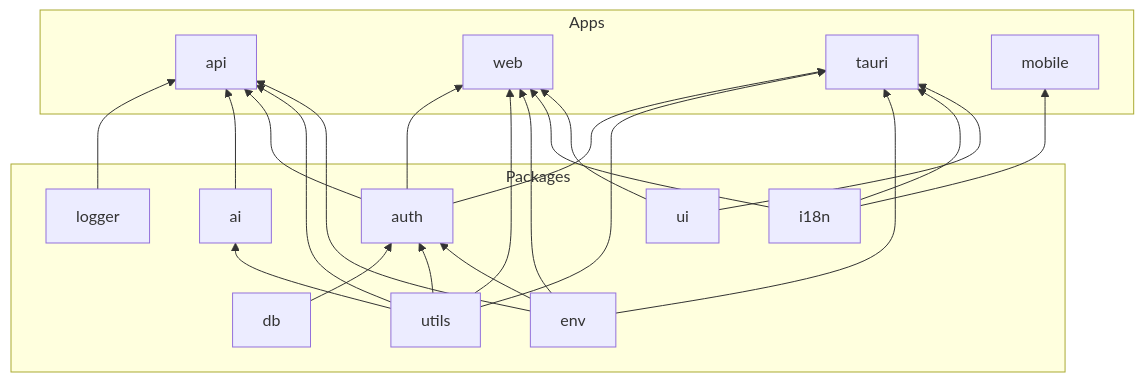
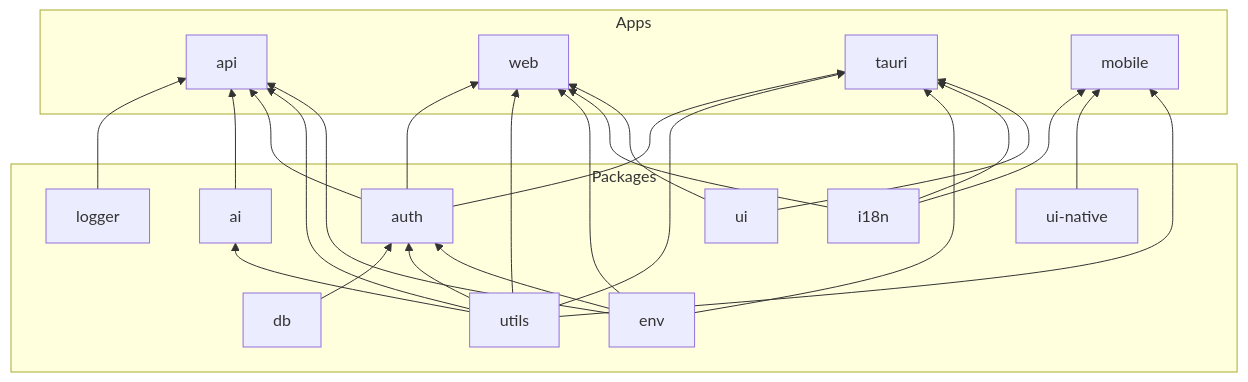
The diagram in docs/README.md (Pleasurecruise/my-monorepo), drawn with Mermaid before and after one commit. The commit also changed other lines of this file and 7 other files, not shown here.

````diff
--- a/docs/README.md
+++ b/docs/README.md
@@ -24,34 +25,35 @@
 ```mermaid
 graph BT
     subgraph Packages
         UTILS[utils]
         ENV[env]
         I18N[i18n]
         UI[ui]
+        UI_NATIVE[ui-native]
         LOGGER[logger]
         DB[db]
         AUTH[auth]
         AI[ai]
     end
 
     subgraph Apps
         API[api]
         WEB[web]
         TAURI[tauri]
         MOBILE[mobile]
     end
 
     %% package → package
     DB --> AUTH
     UTILS --> AUTH & AI
     ENV --> AUTH
 
     %% packages → API
     LOGGER & AI --> API
     AUTH --> API & WEB & TAURI
     UTILS & ENV --> API & WEB & TAURI
 
     %% packages → WEB / TAURI / MOBILE
     I18N & UI --> WEB & TAURI
-    I18N --> MOBILE
+    I18N & UI_NATIVE & UTILS --> MOBILE
 ```
````
